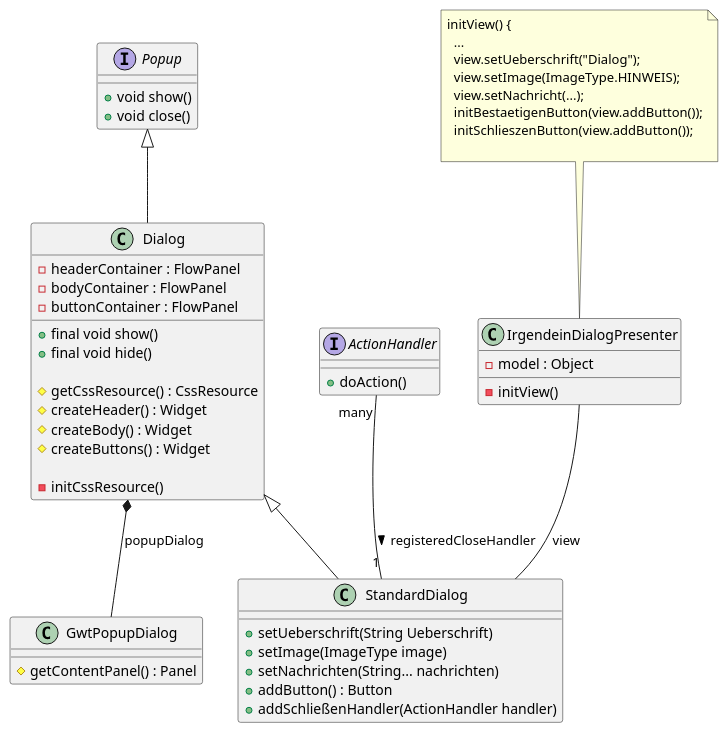
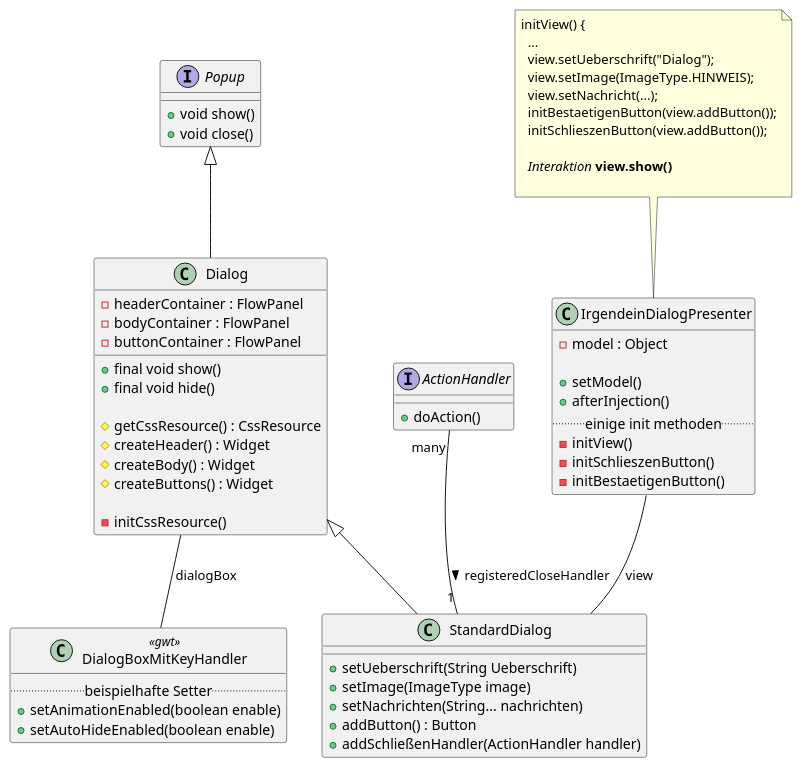
Before and after one commit to Atrusberlin/Learning: the diagram in Patterns/src/main/java/de/dranke/learning/patterns/templatemethod/superclass/TemplateMethod.puml, drawn with PlantUML. The commit also changed 4 other files, not shown here.

```diff
--- a/Patterns/src/main/java/de/dranke/learning/patterns/templatemethod/superclass/TemplateMethod.puml
+++ b/Patterns/src/main/java/de/dranke/learning/patterns/templatemethod/superclass/TemplateMethod.puml
@@ -1,68 +1,77 @@
 @startuml
 
 interface Popup {
   + void show()
   + void close()
 }
 
 Popup <|-- Dialog
 
 class Dialog {
   - headerContainer : FlowPanel
   - bodyContainer : FlowPanel
   - buttonContainer : FlowPanel
 
   + final void show()
   + final void hide()
 
   # getCssResource() : CssResource
   # createHeader() : Widget
   # createBody() : Widget
   # createButtons() : Widget
 
   - initCssResource()
 }
 
-Dialog *-- GwtPopupDialog : popupDialog
+Dialog -- DialogBoxMitKeyHandler : dialogBox
 
-class GwtPopupDialog {
-  # getContentPanel() : Panel
+class DialogBoxMitKeyHandler << gwt >>
+class DialogBoxMitKeyHandler {
+  .. beispielhafte Setter ..
+  + setAnimationEnabled(boolean enable)
+  + setAutoHideEnabled(boolean enable)
 }
-
-
 
 Dialog <|-- StandardDialog
 
 interface ActionHandler {
   + doAction()
 }
 
 ActionHandler "many" -- "1" StandardDialog : > registeredCloseHandler
 
 class StandardDialog {
   + setUeberschrift(String Ueberschrift)
   + setImage(ImageType image)
   + setNachrichten(String... nachrichten)
   + addButton() : Button
   + addSchließenHandler(ActionHandler handler)
 }
 
 IrgendeinDialogPresenter -- StandardDialog : view
 
 class IrgendeinDialogPresenter {
   - model : Object
+
+  + setModel()
+  + afterInjection()
+  .. einige init methoden ..
   - initView()
+  - initSchlieszenButton()
+  - initBestaetigenButton()
 }
 
 note top of IrgendeinDialogPresenter
   initView() {
     ...
     view.setUeberschrift("Dialog");
     view.setImage(ImageType.HINWEIS);
     view.setNachricht(...);
     initBestaetigenButton(view.addButton());
     initSchlieszenButton(view.addButton());
 
+    <i>Interaktion</i> <b>view.show()</b>
+
 end note
 
 @enduml
```
